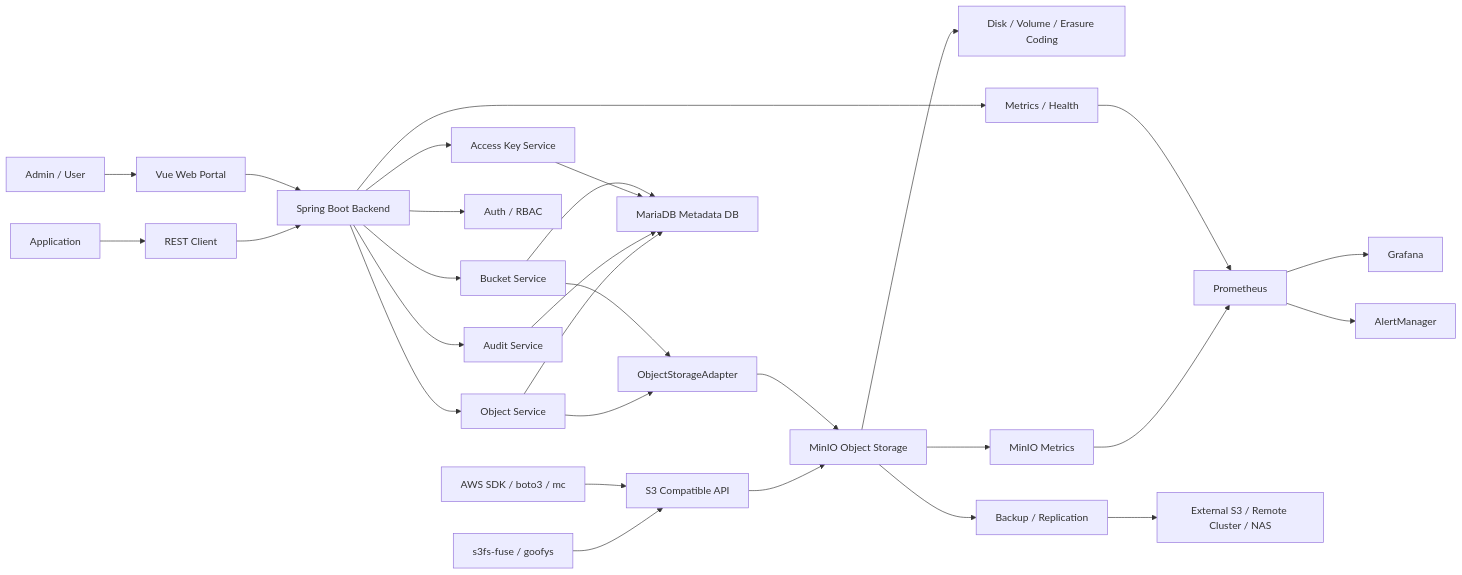
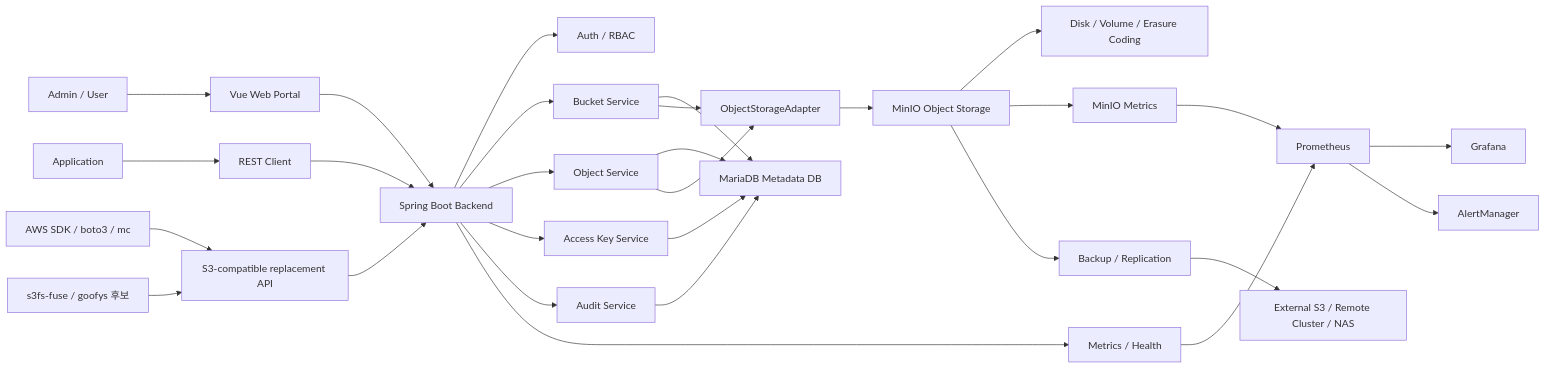
The first of 6 diagrams in dev-docs/system-architecture.md (chefbeom/object-storage-osmu), drawn with Mermaid before and after one commit. The commit also changed other lines of this file and 11 other files, not shown here.

````diff
--- a/dev-docs/system-architecture.md
+++ b/dev-docs/system-architecture.md
@@ -42,38 +42,38 @@
 ```mermaid
 flowchart LR
     Admin["Admin / User"] --> Portal["Vue Web Portal"]
     App["Application"] --> RestClient["REST Client"]
-    S3Client["AWS SDK / boto3 / mc"] --> S3Api["S3 Compatible API"]
-    FuseClient["s3fs-fuse / goofys"] --> S3Api
+    S3Client["AWS SDK / boto3 / mc"] --> S3Api["S3-compatible replacement API"]
+    FuseClient["s3fs-fuse / goofys 후보"] --> S3Api
 
     Portal --> Backend["Spring Boot Backend"]
     RestClient --> Backend
+    S3Api --> Backend
 
     Backend --> Auth["Auth / RBAC"]
     Backend --> Bucket["Bucket Service"]
     Backend --> Object["Object Service"]
     Backend --> AccessKey["Access Key Service"]
     Backend --> Audit["Audit Service"]
 
     Bucket --> Metadata["MariaDB Metadata DB"]
     AccessKey --> Metadata
     Audit --> Metadata
     Object --> Metadata
 
     Bucket --> StorageAdapter["ObjectStorageAdapter"]
     Object --> StorageAdapter
     StorageAdapter --> MinIO["MinIO Object Storage"]
 
-    S3Api --> MinIO
     MinIO --> Disk["Disk / Volume / Erasure Coding"]
 
     Backend --> Metrics["Metrics / Health"]
     MinIO --> MinioMetrics["MinIO Metrics"]
     Metrics --> Prometheus["Prometheus"]
     MinioMetrics --> Prometheus
     Prometheus --> Grafana["Grafana"]
     Prometheus --> AlertManager["AlertManager"]
 
     MinIO --> Backup["Backup / Replication"]
     Backup --> External["External S3 / Remote Cluster / NAS"]
 ```
````
